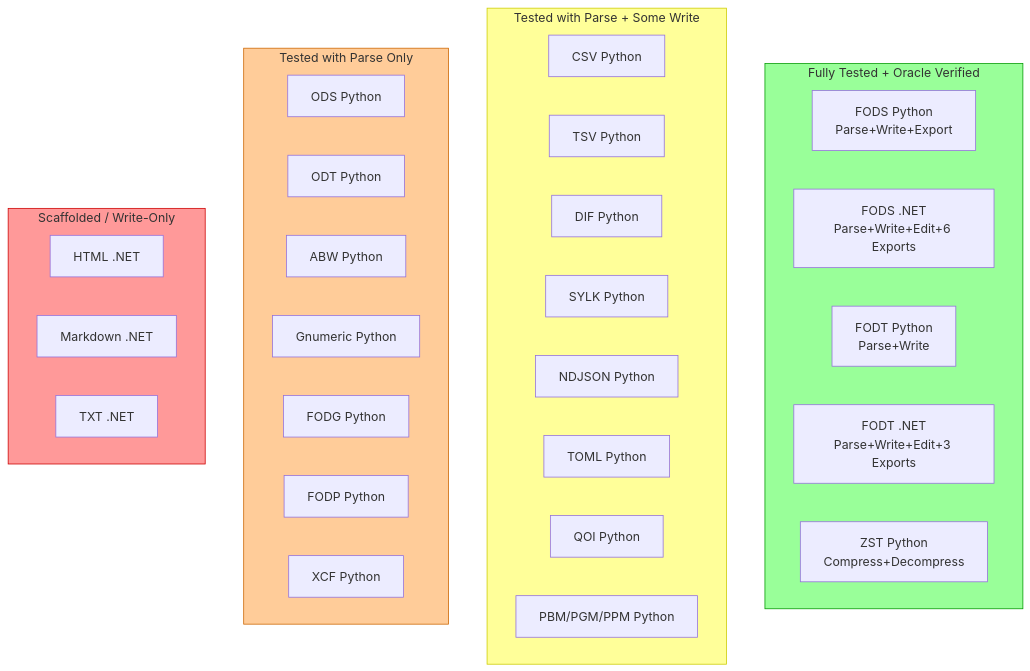
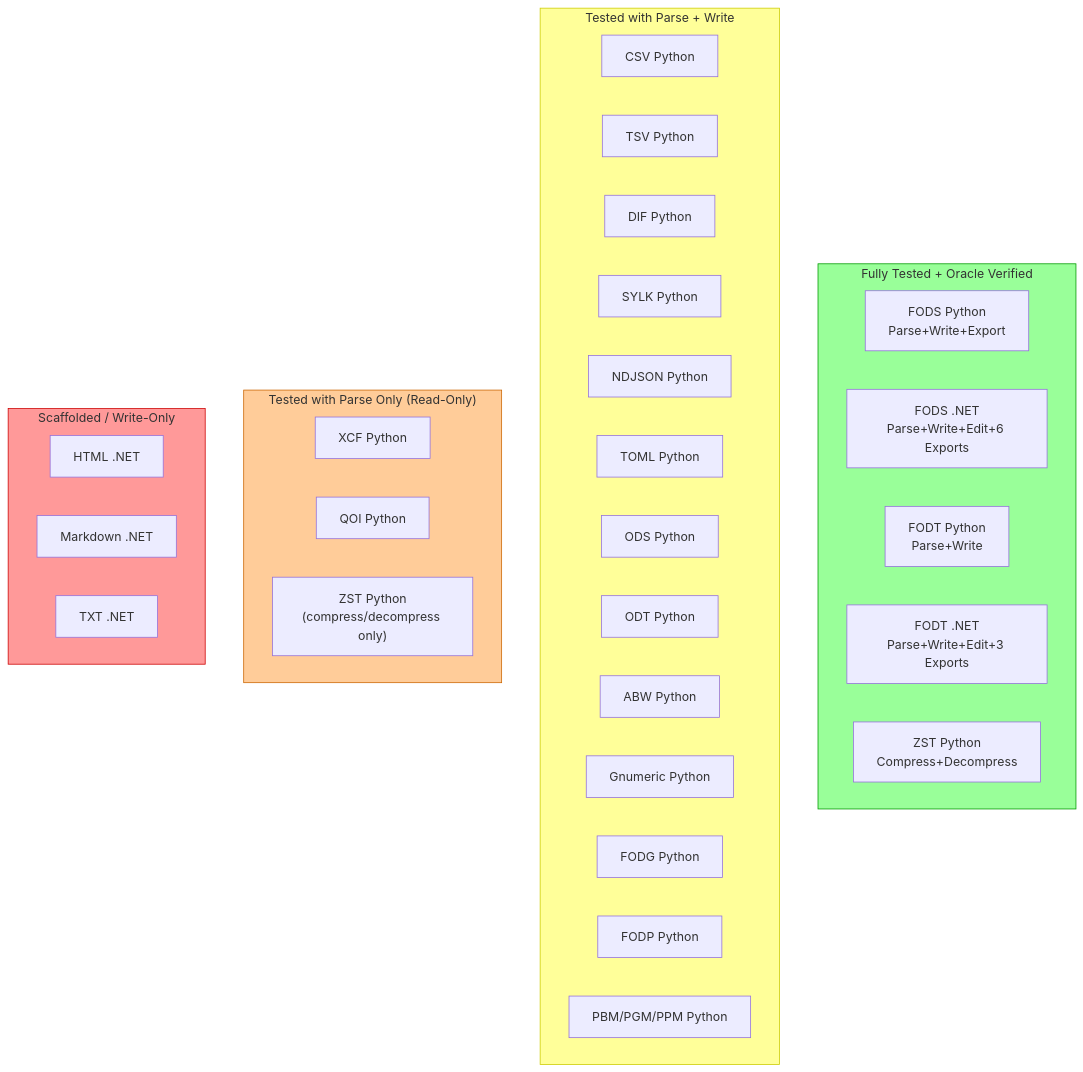
One commit to babar-raza/format-factory changed diagram 14 of 18 in docs/system-recon/FF-DEEP-RECON-20260705-052931/02-SYSTEM-ARCHITECTURE-AND-DIAGRAMS.md. Above: the diagram before and after it, drawn with Mermaid. The commit also changed other lines of this file and 6 other files, not shown here.

````diff
--- a/docs/system-recon/FF-DEEP-RECON-20260705-052931/02-SYSTEM-ARCHITECTURE-AND-DIAGRAMS.md
+++ b/docs/system-recon/FF-DEEP-RECON-20260705-052931/02-SYSTEM-ARCHITECTURE-AND-DIAGRAMS.md
@@ -476,42 +476,43 @@
 ```mermaid
 flowchart TB
     subgraph Mature["Fully Tested + Oracle Verified"]
         FODS_P["FODS Python<br/>Parse+Write+Export"]
         FODS_N["FODS .NET<br/>Parse+Write+Edit+6 Exports"]
         FODT_P["FODT Python<br/>Parse+Write"]
         FODT_N["FODT .NET<br/>Parse+Write+Edit+3 Exports"]
         ZST_P["ZST Python<br/>Compress+Decompress"]
     end
 
-    subgraph Tested["Tested with Parse + Some Write"]
+    subgraph Tested["Tested with Parse + Write"]
         CSV_P["CSV Python"]
         TSV_P["TSV Python"]
         DIF_P["DIF Python"]
         SYLK_P["SYLK Python"]
         NDJSON_P["NDJSON Python"]
         TOML_P["TOML Python"]
-        QOI_P["QOI Python"]
-        PBM_P["PBM/PGM/PPM Python"]
-    end
-
-    subgraph ParseOnly["Tested with Parse Only"]
         ODS_P["ODS Python"]
         ODT_P["ODT Python"]
         ABW_P["ABW Python"]
         GNUM_P["Gnumeric Python"]
         FODG_P["FODG Python"]
         FODP_P["FODP Python"]
+        PBM_P["PBM/PGM/PPM Python"]
+    end
+
+    subgraph ParseOnly["Tested with Parse Only (Read-Only)"]
         XCF_P["XCF Python"]
+        QOI_P["QOI Python"]
+        ZST_RO["ZST Python<br/>(compress/decompress only)"]
     end
 
     subgraph Scaffolded["Scaffolded / Write-Only"]
         HTML_N["HTML .NET"]
         MD_N["Markdown .NET"]
         TXT_N["TXT .NET"]
     end
 
     style Mature fill:#9f9,stroke:#090
     style Tested fill:#ff9,stroke:#cc0
     style ParseOnly fill:#fc9,stroke:#c60
     style Scaffolded fill:#f99,stroke:#c00
 ```
````
